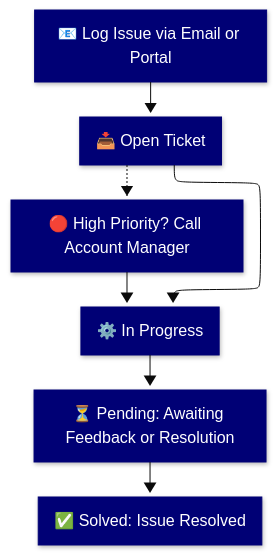
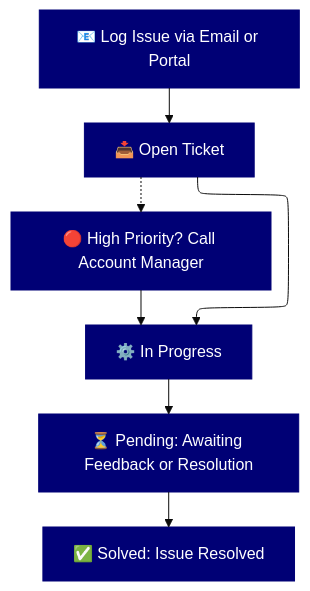
One commit to PlainsightPro/Vision-Playbook changed the diagram in docs/service-delivery/support.md. Above: the diagram before and after it, drawn with Mermaid. The commit also changed 3 other files, not shown here.

First line of the commit message:
Fix Mermaid rendering and text visibility

````diff
--- a/docs/service-delivery/support.md
+++ b/docs/service-delivery/support.md
@@ -23,19 +23,20 @@
 ```mermaid
 ---
 config:
   layout: elk
   theme: base
-  look: neo
+  themeVariables:
+    primaryTextColor: '#FFFFFF'
 ---
 graph TD;
     A[📧 Log Issue via Email or Portal] --> B[📥 Open Ticket]
     B --> C[⚙️ In Progress]
     C --> D[⏳ Pending: Awaiting Feedback or Resolution]
     D --> E[✅ Solved: Issue Resolved]
     B -.-> F[🔴 High Priority? Call Account Manager]
     F --> C
     
     classDef blueBox fill:#000075,stroke:#000075,stroke-width:1px,color:#FFFFFF;
     class A,B,C,D,E,F blueBox;
 
 ``` 
````
